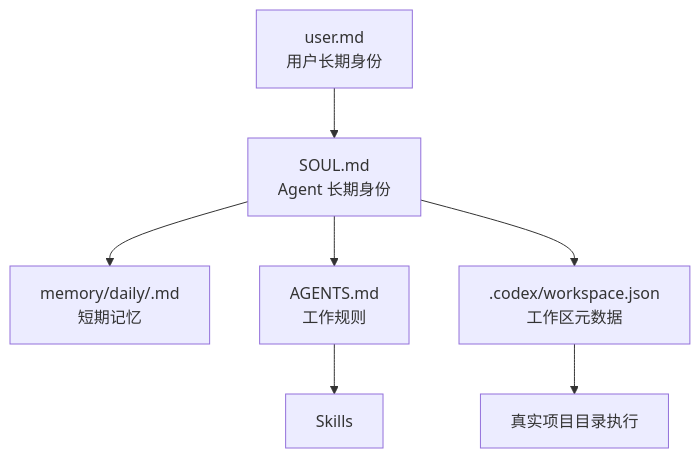
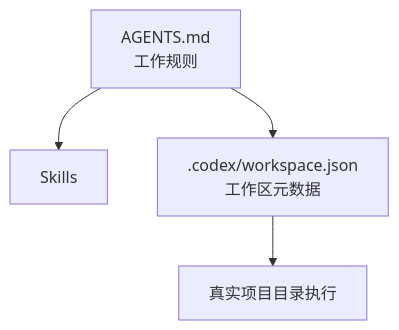
Before and after one commit to baibairui/WoClaw: the second of 2 diagrams in README.md, drawn with Mermaid. The commit also changed other lines of this file and 16 other files, not shown here.

````diff
--- a/README.md
+++ b/README.md
@@ -53,9 +51,6 @@
 ```mermaid
 flowchart TD
-    A[user.md<br/>用户长期身份] --> B[SOUL.md<br/>Agent 长期身份]
-    B --> C[memory/daily/<date>.md<br/>短期记忆]
-    B --> D[AGENTS.md<br/>工作规则]
-    B --> E[.codex/workspace.json<br/>工作区元数据]
-    D --> F[Skills]
-    E --> G[真实项目目录执行]
+    A[AGENTS.md<br/>工作规则] --> B[Skills]
+    A --> C[.codex/workspace.json<br/>工作区元数据]
+    C --> D[真实项目目录执行]
 ```
````
